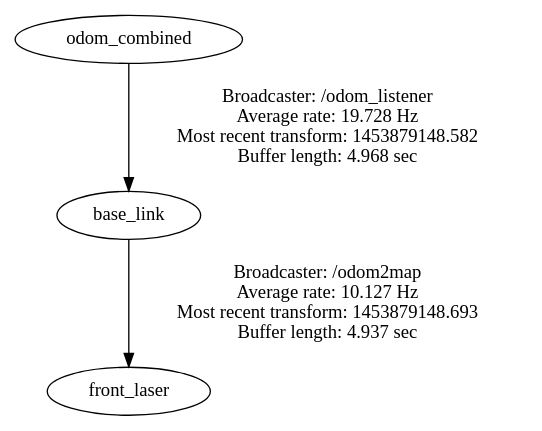
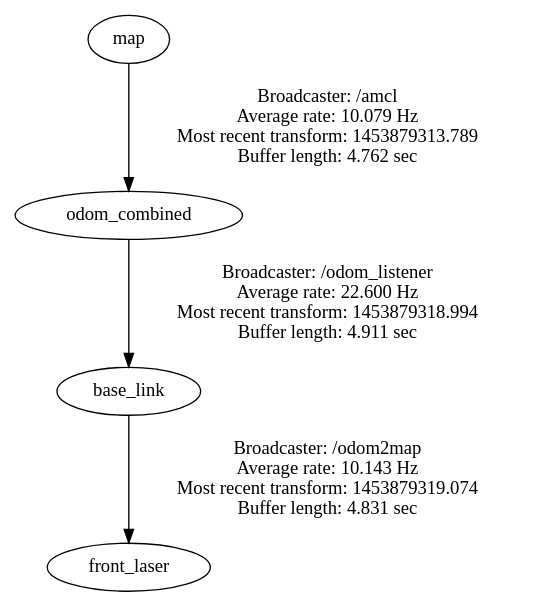
The diagram in catkin_ws/frames.gv (cezar1/SM_WS1516_AA_EX8), drawn with Graphviz before and after one commit. The commit also changed 3 other files, not shown here.

```diff
--- a/catkin_ws/frames.gv
+++ b/catkin_ws/frames.gv
@@ -1,4 +1,5 @@
 digraph G {
-"odom_combined" -> "base_link"[label="Broadcaster: /odom_listener\nAverage rate: 19.728 Hz\nMost recent transform: 1453879148.582 \nBuffer length: 4.968 sec\n"];
-"base_link" -> "front_laser"[label="Broadcaster: /odom2map\nAverage rate: 10.127 Hz\nMost recent transform: 1453879148.693 \nBuffer length: 4.937 sec\n"];
+"odom_combined" -> "base_link"[label="Broadcaster: /odom_listener\nAverage rate: 22.600 Hz\nMost recent transform: 1453879318.994 \nBuffer length: 4.911 sec\n"];
+"map" -> "odom_combined"[label="Broadcaster: /amcl\nAverage rate: 10.079 Hz\nMost recent transform: 1453879313.789 \nBuffer length: 4.762 sec\n"];
+"base_link" -> "front_laser"[label="Broadcaster: /odom2map\nAverage rate: 10.143 Hz\nMost recent transform: 1453879319.074 \nBuffer length: 4.831 sec\n"];
 }
```
